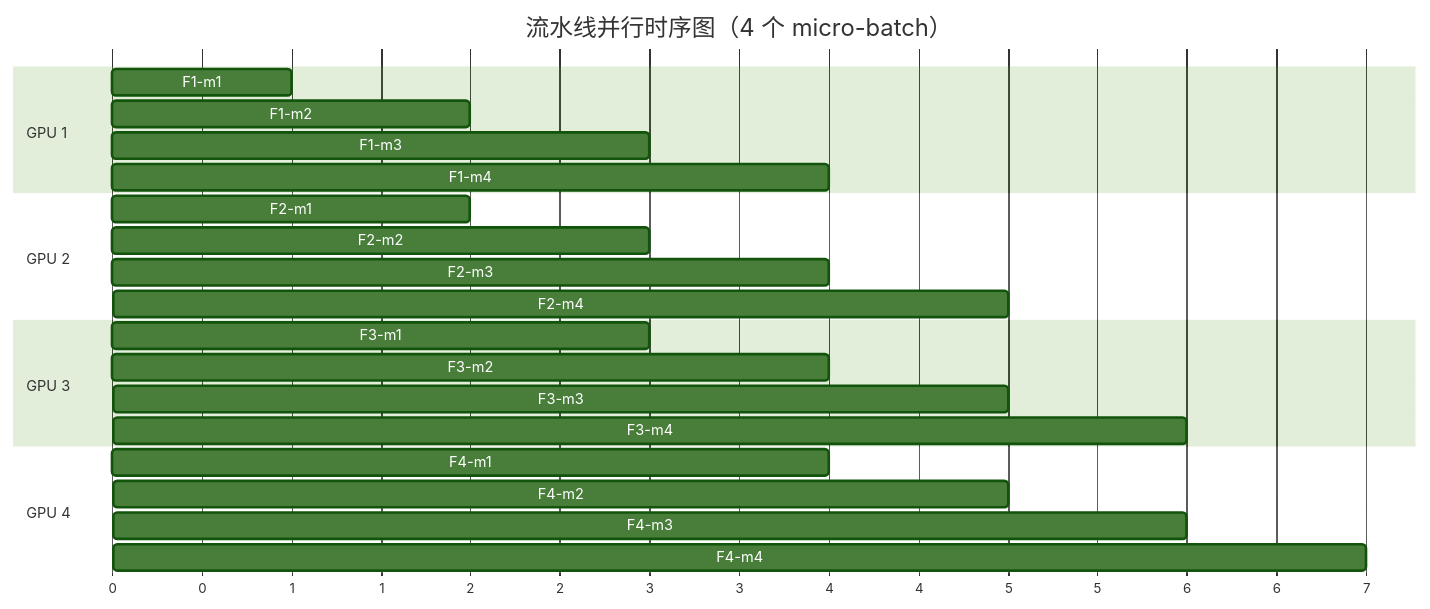
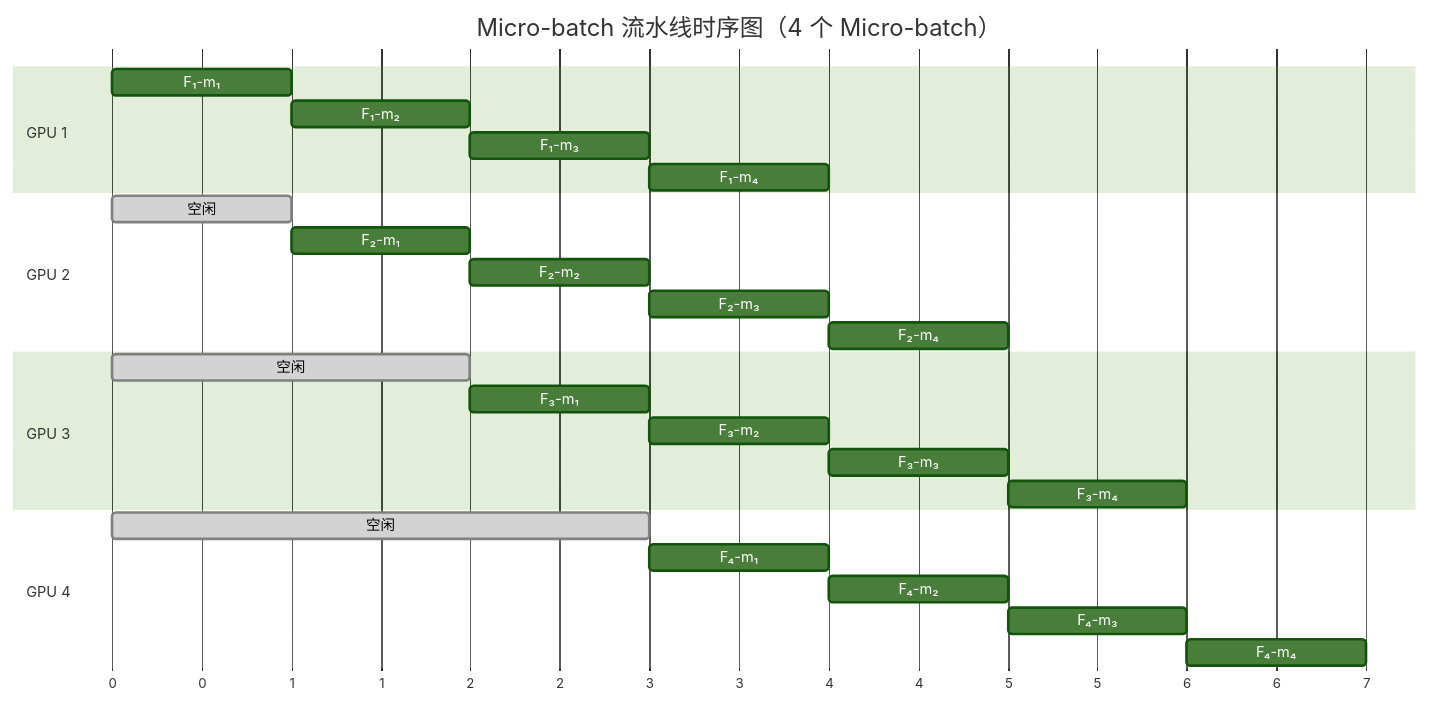
The third of 9 diagrams in docs/language-models/pretraining/distributed-training.md (fenixsoft/dmla), drawn with Mermaid (forest theme) before and after one commit. The commit also changed other lines of this file and 123 other files, not shown here.

````diff
--- a/docs/language-models/pretraining/distributed-training.md
+++ b/docs/language-models/pretraining/distributed-training.md
@@ -93,30 +95,33 @@
 ```mermaid
 gantt
-    title 流水线并行时序图（4 个 micro-batch）
+    title Micro-batch 流水线时序图（4 个 Micro-batch）
     dateFormat X
     axisFormat %s
-    
+
     section GPU 1
-    F1-m1 :0,1
-    F1-m2 :1,2
-    F1-m3 :2,3
-    F1-m4 :3,4
-    
+    F₁-m₁ :f1m1, 0, 1s
+    F₁-m₂ :f1m2, after f1m1, 1s
+    F₁-m₃ :f1m3, after f1m2, 1s
+    F₁-m₄ :f1m4, after f1m3, 1s
+
     section GPU 2
-    F2-m1 :1,2
-    F2-m2 :2,3
-    F2-m3 :3,4
-    F2-m4 :4,5
-    
+    空闲 :done, w2, 0, 1s
+    F₂-m₁ :f2m1, after w2, 1s
+    F₂-m₂ :f2m2, after f2m1, 1s
+    F₂-m₃ :f2m3, after f2m2, 1s
+    F₂-m₄ :f2m4, after f2m3, 1s
+
     section GPU 3
-    F3-m1 :2,3
-    F3-m2 :3,4
-    F3-m3 :4,5
-    F3-m4 :5,6
-    
+    空闲 :done, w3, 0, 2s
+    F₃-m₁ :f3m1, after w3, 1s
+    F₃-m₂ :f3m2, after f3m1, 1s
+    F₃-m₃ :f3m3, after f3m2, 1s
+    F₃-m₄ :f3m4, after f3m3, 1s
+
     section GPU 4
-    F4-m1 :3,4
-    F4-m2 :4,5
-    F4-m3 :5,6
-    F4-m4 :6,7
+    空闲 :done, w4, 0, 3s
+    F₄-m₁ :f4m1, after w4, 1s
+    F₄-m₂ :f4m2, after f4m1, 1s
+    F₄-m₃ :f4m3, after f4m2, 1s
+    F₄-m₄ :after f4m3, 1s
 ```
````
